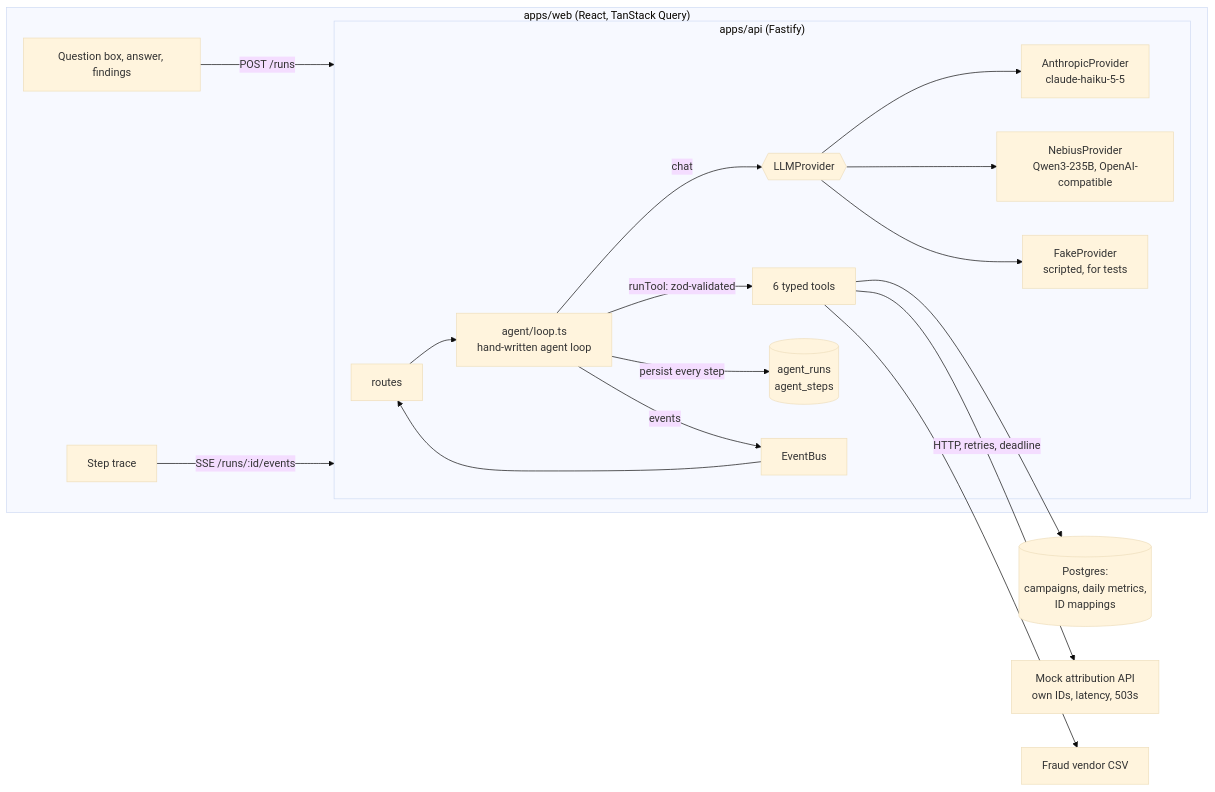
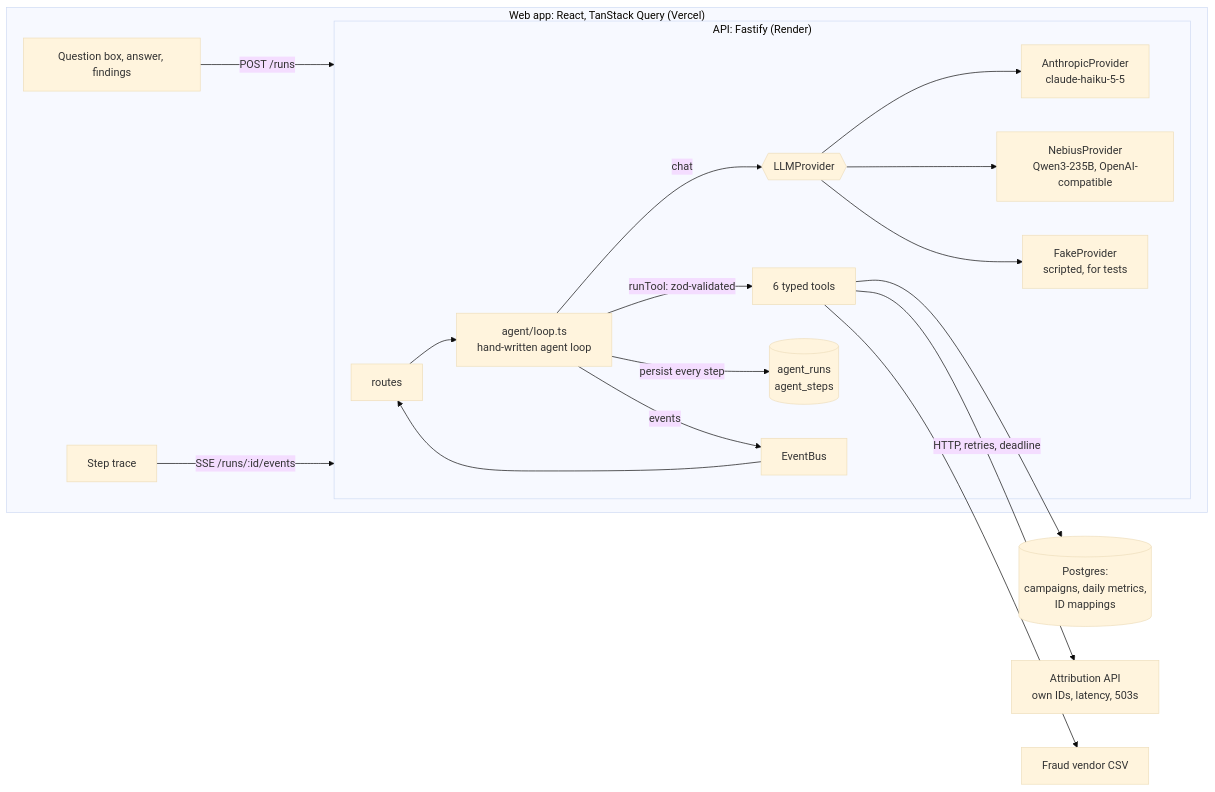
The first of 2 diagrams in README.md (ahmetttsevinc/ua-campaign-copilot), drawn with Mermaid (base theme) before and after one commit. The commit also changed other lines of this file and 7 other files, not shown here.

````diff
--- a/README.md
+++ b/README.md
@@ -61,22 +67,22 @@
 ```mermaid
 flowchart LR
-  subgraph Web["apps/web (React, TanStack Query)"]
+  subgraph Web["Web app: React, TanStack Query (Vercel)"]
     UI[Question box, answer, findings] -->|POST /runs| API
     Trace[Step trace] -->|SSE /runs/:id/events| API
   end
 
-  subgraph API["apps/api (Fastify)"]
+  subgraph API["API: Fastify (Render)"]
     Routes[routes] --> Loop
     Loop["agent/loop.ts<br/>hand-written agent loop"] -->|chat| Provider{{LLMProvider}}
     Provider --> Anthropic[AnthropicProvider<br/>claude-haiku-5-5]
     Provider --> Nebius[NebiusProvider<br/>Qwen3-235B, OpenAI-compatible]
     Provider --> Fake[FakeProvider<br/>scripted, for tests]
     Loop -->|runTool: zod-validated| Tools[6 typed tools]
     Loop -->|persist every step| Steps[(agent_runs<br/>agent_steps)]
     Loop -->|events| Bus[EventBus] --> Routes
   end
 
   Tools --> PG[(Postgres:<br/>campaigns, daily metrics,<br/>ID mappings)]
-  Tools -->|HTTP, retries, deadline| Mock[Mock attribution API<br/>own IDs, latency, 503s]
+  Tools -->|HTTP, retries, deadline| Mock[Attribution API<br/>own IDs, latency, 503s]
   Tools --> CSV[Fraud vendor CSV]
 ```
````
